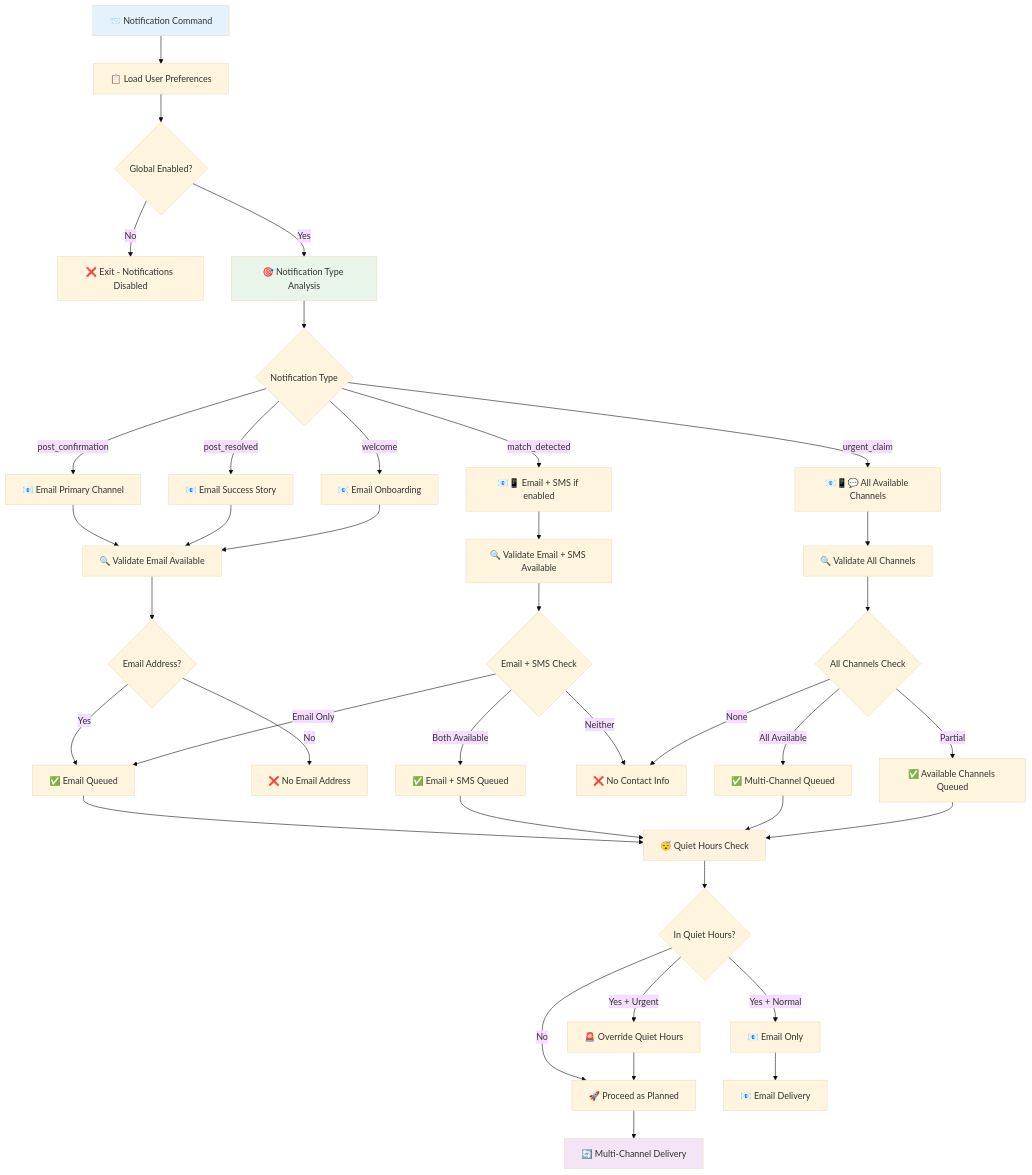
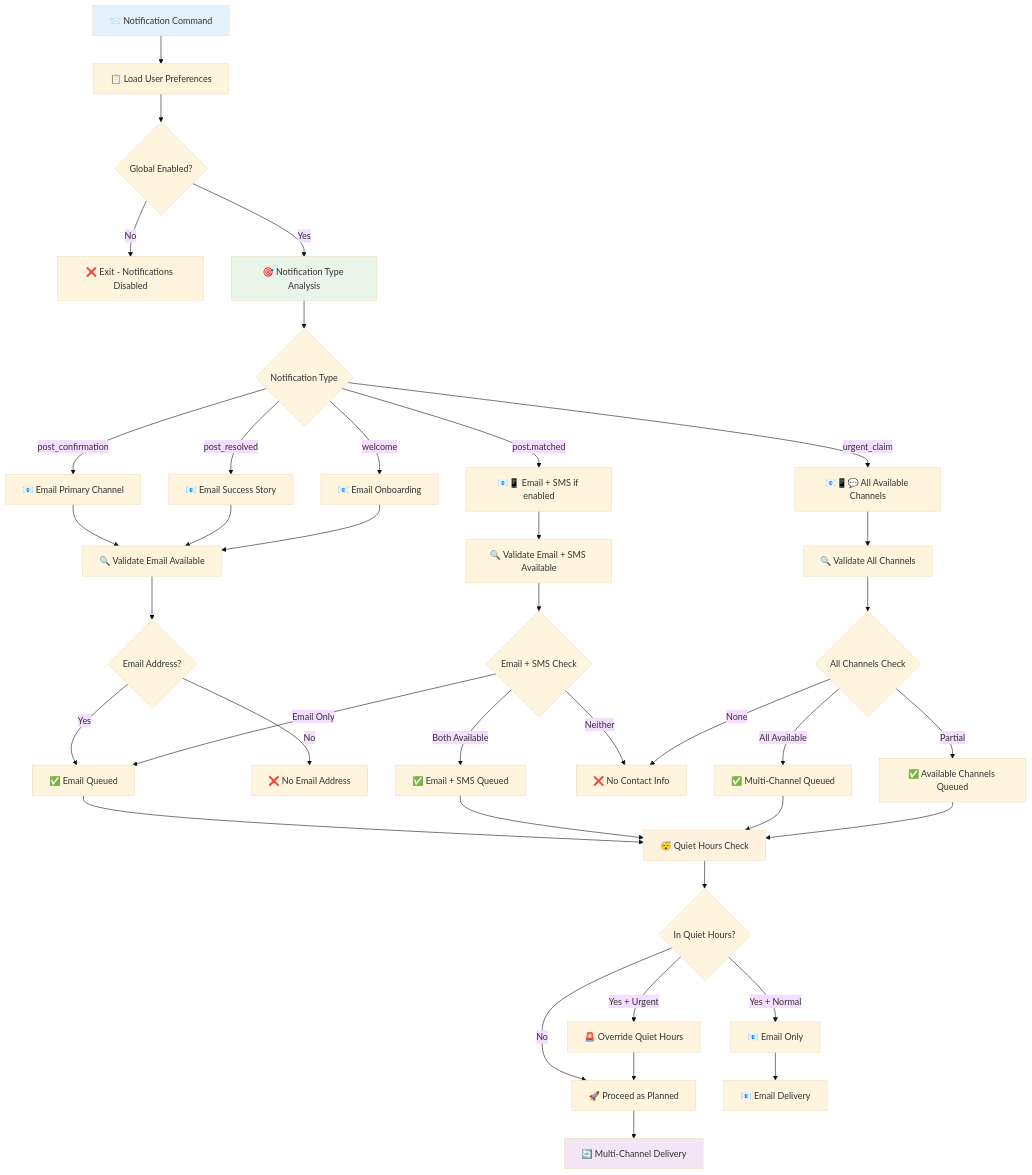
One commit to findly-now/fn-docs changed the ninth of 15 diagrams in notifications/service-interaction-diagrams.md. Above: the diagram before and after it, drawn with Mermaid (base theme). The commit also changed other lines of this file and 6 other files, not shown here.

````diff
--- a/notifications/service-interaction-diagrams.md
+++ b/notifications/service-interaction-diagrams.md
@@ -439,53 +439,53 @@
 ```mermaid
 flowchart TD
     A[📨 Notification Command] --> B[📋 Load User Preferences]
     B --> C{Global Enabled?}
     C -->|No| D[❌ Exit - Notifications Disabled]
     C -->|Yes| E[🎯 Notification Type Analysis]
 
     E --> F{Notification Type}
     F -->|post_confirmation| G[📧 Email Primary Channel]
-    F -->|match_detected| H[📧📱 Email + SMS if enabled]
+    F -->|post.matched| H[📧📱 Email + SMS if enabled]
     F -->|urgent_claim| I[📧📱💬 All Available Channels]
     F -->|post_resolved| J[📧 Email Success Story]
     F -->|welcome| K[📧 Email Onboarding]
 
     G --> L[🔍 Validate Email Available]
     H --> M[🔍 Validate Email + SMS Available]
     I --> N[🔍 Validate All Channels]
     J --> L
     K --> L
 
     L --> O{Email Address?}
     O -->|Yes| P[✅ Email Queued]
     O -->|No| Q[❌ No Email Address]
 
     M --> R{Email + SMS Check}
     R -->|Both Available| S[✅ Email + SMS Queued]
     R -->|Email Only| P
     R -->|Neither| T[❌ No Contact Info]
 
     N --> U{All Channels Check}
     U -->|All Available| V[✅ Multi-Channel Queued]
     U -->|Partial| W[✅ Available Channels Queued]
     U -->|None| T
 
     P --> X[😴 Quiet Hours Check]
     S --> X
     V --> X
     W --> X
 
     X --> Y{In Quiet Hours?}
     Y -->|Yes + Urgent| Z[🚨 Override Quiet Hours]
     Y -->|Yes + Normal| AA[📧 Email Only]
     Y -->|No| BB[🚀 Proceed as Planned]
 
     Z --> BB
     AA --> CC[📧 Email Delivery]
     BB --> DD[🔄 Multi-Channel Delivery]
 
     style A fill:#e3f2fd
     style E fill:#e8f5e8
     style X fill:#fff3e0
     style DD fill:#f3e5f5
 ```
````
